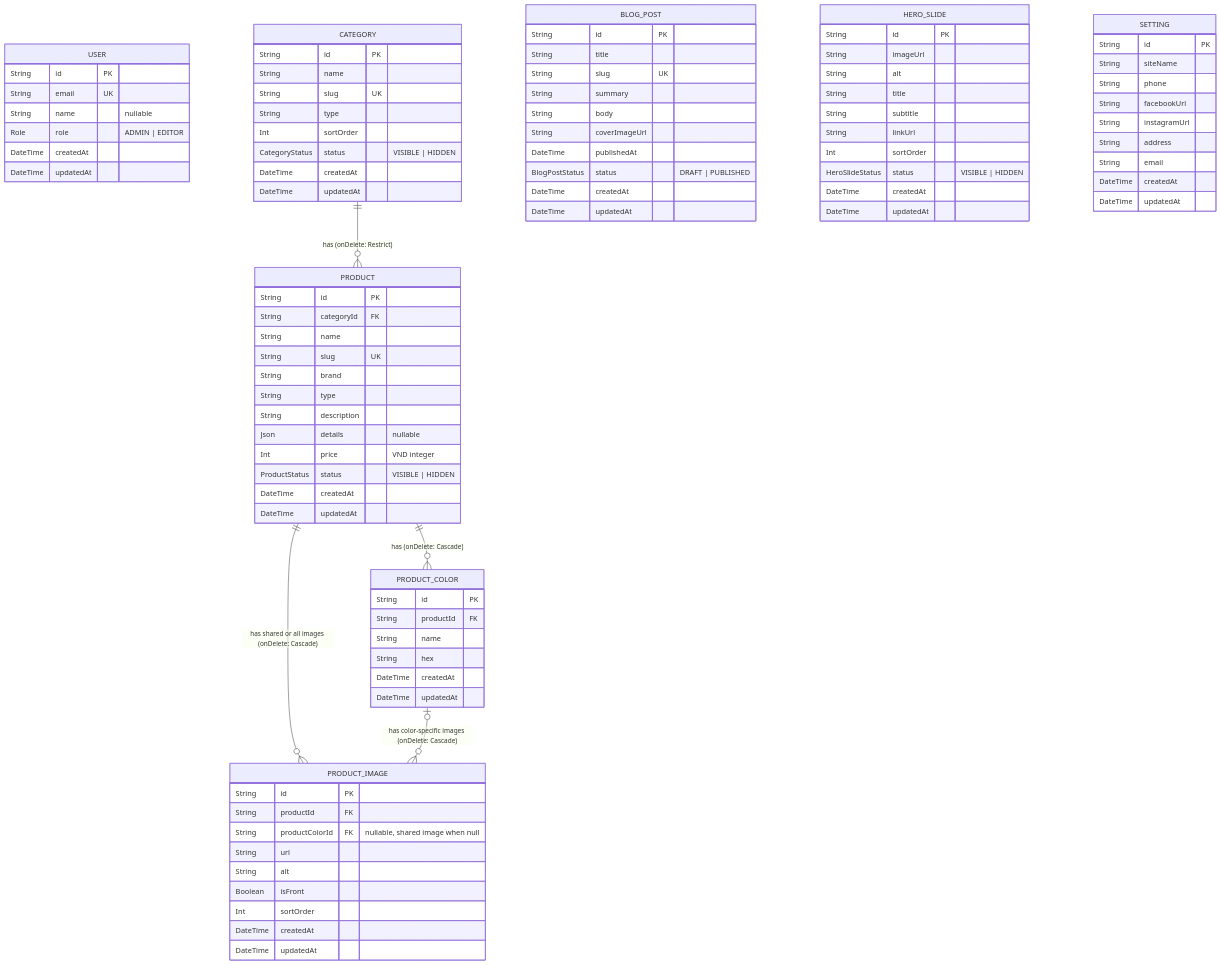
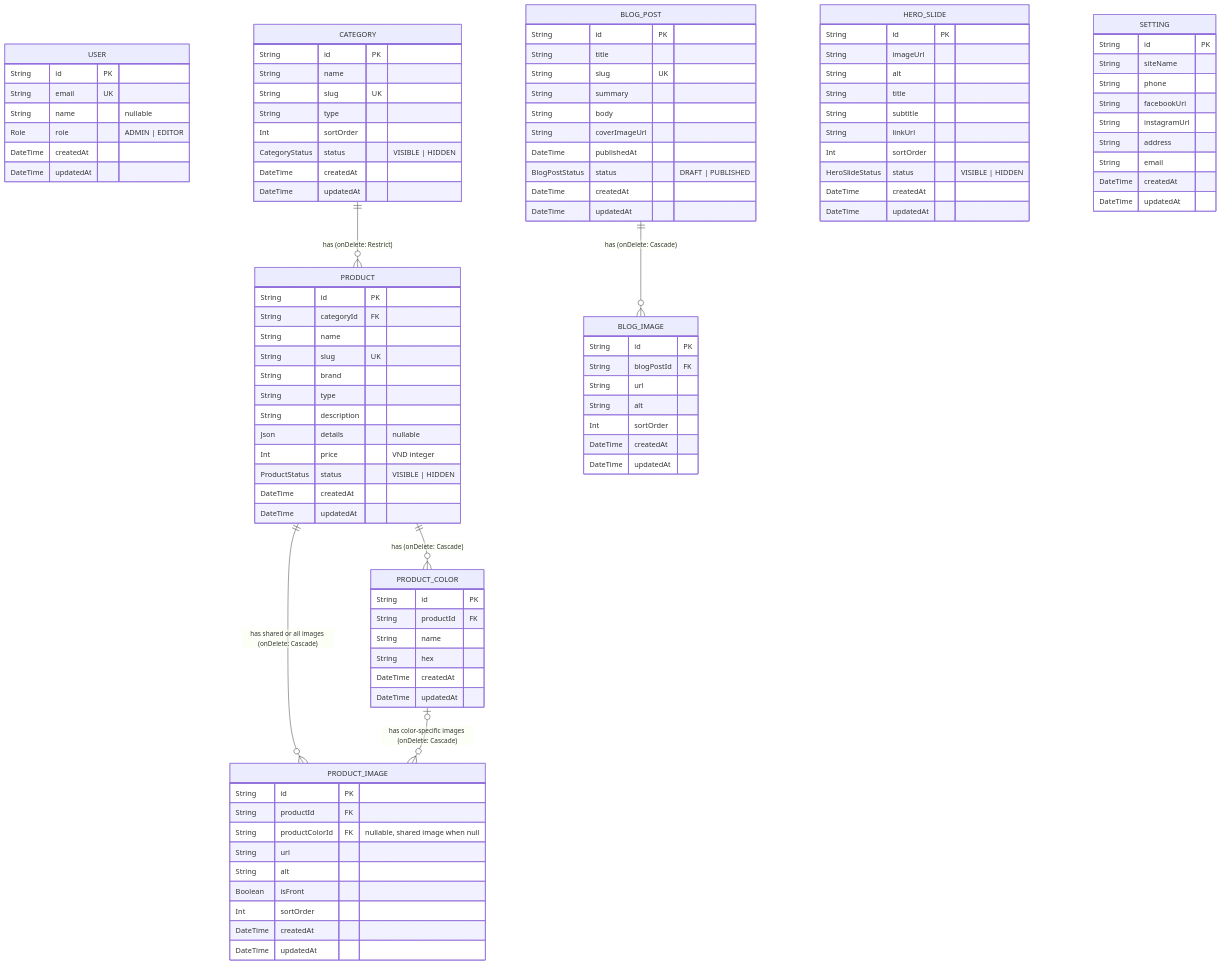
One commit to khanhtung2410/ant-jewelry changed the diagram in docs/ERD.md. Above: the diagram before and after it, drawn with Mermaid. The commit also changed other lines of this file and 5 other files, not shown here.

````diff
--- a/docs/ERD.md
+++ b/docs/ERD.md
@@ -73,6 +73,16 @@
         DateTime updatedAt
     }
 
+    BLOG_IMAGE {
+        String id PK
+        String blogPostId FK
+        String url
+        String alt
+        Int sortOrder
+        DateTime createdAt
+        DateTime updatedAt
+    }
+
     HERO_SLIDE {
         String id PK
         String imageUrl
@@ -102,4 +112,5 @@
     PRODUCT ||--o{ PRODUCT_COLOR : "has (onDelete: Cascade)"
     PRODUCT ||--o{ PRODUCT_IMAGE : "has shared or all images (onDelete: Cascade)"
     PRODUCT_COLOR o|--o{ PRODUCT_IMAGE : "has color-specific images (onDelete: Cascade)"
+    BLOG_POST ||--o{ BLOG_IMAGE : "has (onDelete: Cascade)"
 ```
````
